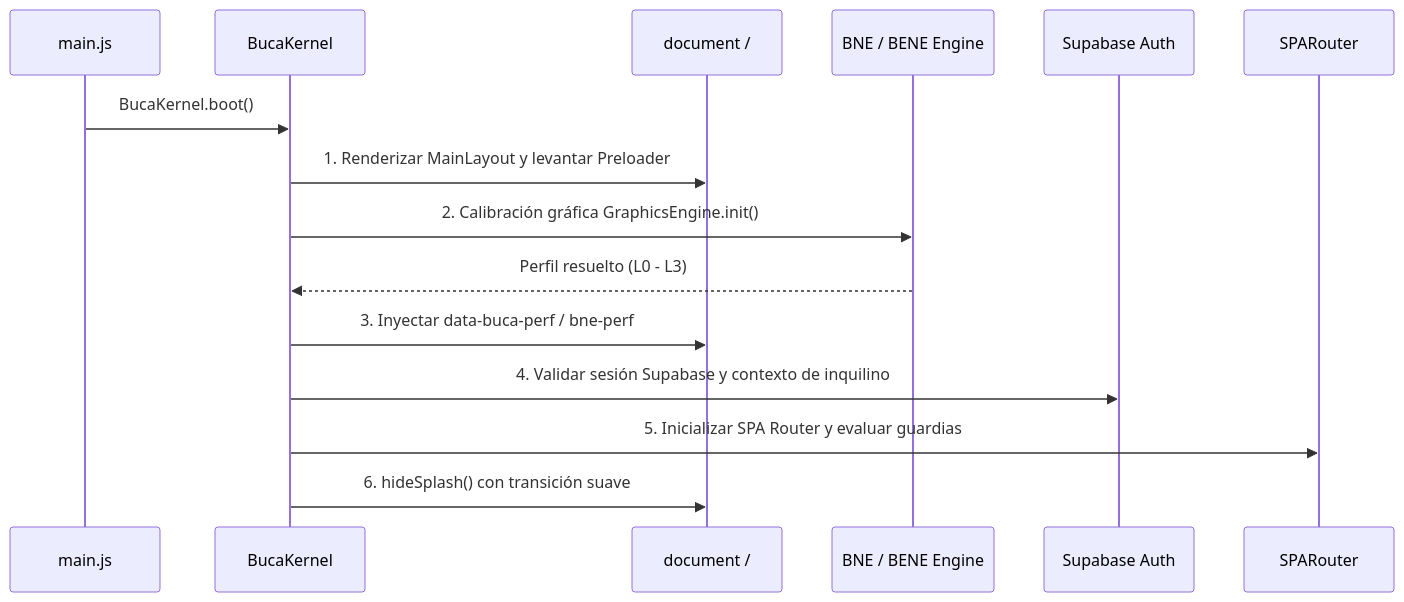
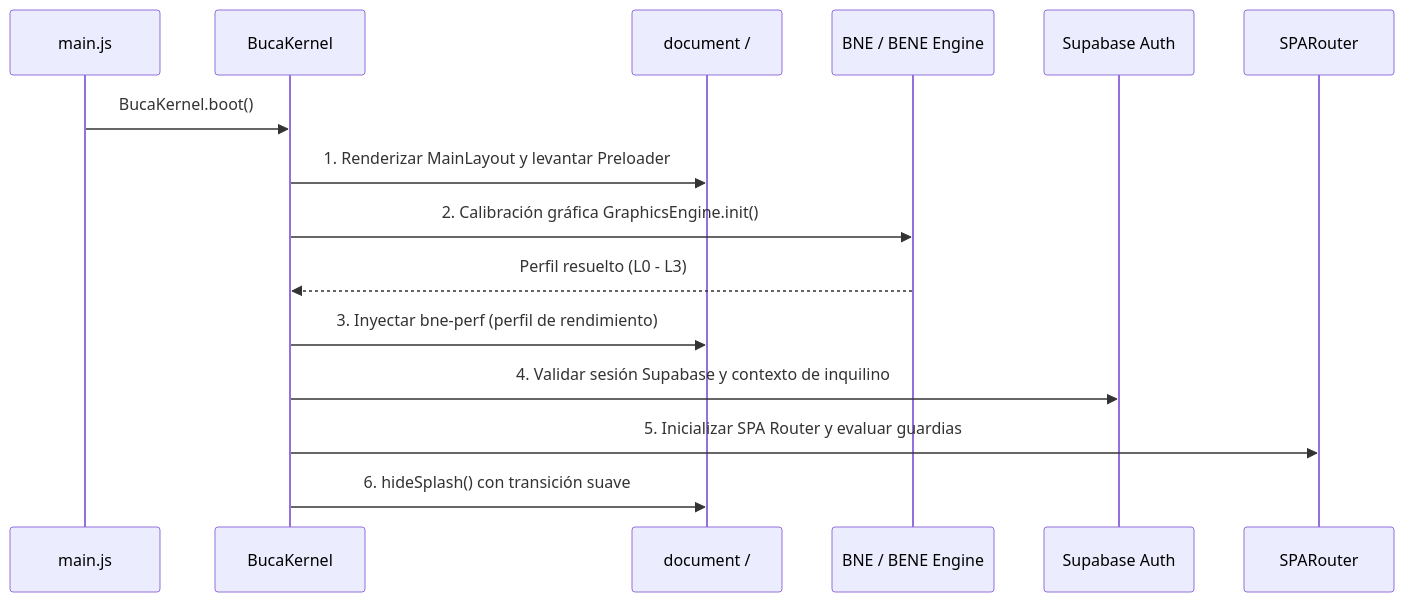
Before and after one commit to clepces/buca-ai: the diagram in docs/architecture/kernel-lifecycle.md, drawn with Mermaid. The commit also changed 16 other files, not shown here.

First line of the commit message:
docs(bene): migrate legacy data-* attributes to bne-* namespace, add sensor telemetry spec, attribute migration table and performance modal UI

````diff
--- a/docs/architecture/kernel-lifecycle.md
+++ b/docs/architecture/kernel-lifecycle.md
@@ -14,18 +14,18 @@
 ```mermaid
 sequenceDiagram
     participant Main as main.js
     participant Kernel as BucaKernel
     participant DOM as document / #app
     participant Engine as BNE / BENE Engine
     participant Auth as Supabase Auth
     participant Router as SPARouter
 
     Main->>Kernel: BucaKernel.boot()
     Kernel->>DOM: 1. Renderizar MainLayout y levantar Preloader
     Kernel->>Engine: 2. Calibración gráfica GraphicsEngine.init()
     Engine-->>Kernel: Perfil resuelto (L0 - L3)
-    Kernel->>DOM: 3. Inyectar data-buca-perf / bne-perf
+    Kernel->>DOM: 3. Inyectar bne-perf (perfil de rendimiento)
     Kernel->>Auth: 4. Validar sesión Supabase y contexto de inquilino
     Kernel->>Router: 5. Inicializar SPA Router y evaluar guardias
     Kernel->>DOM: 6. hideSplash() con transición suave
 ```
````
